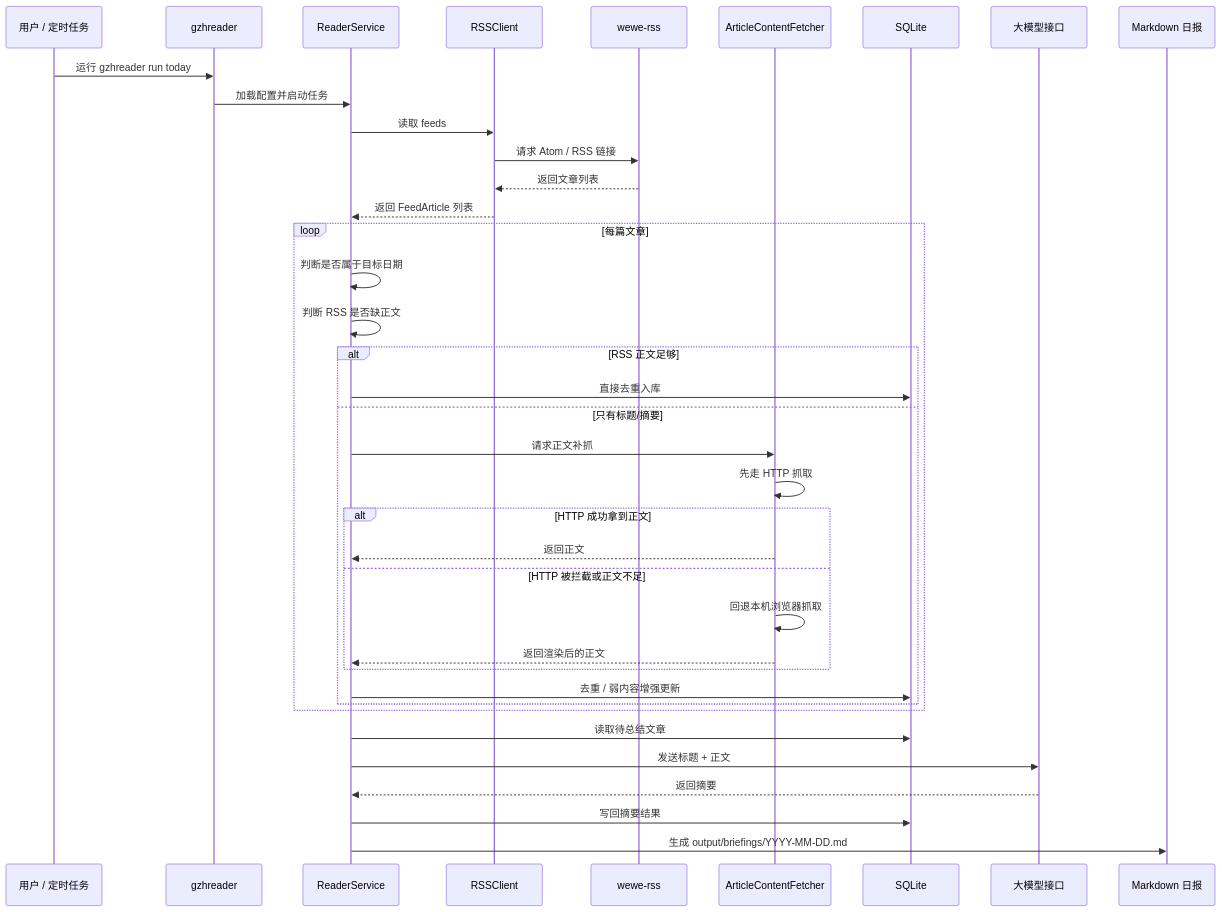
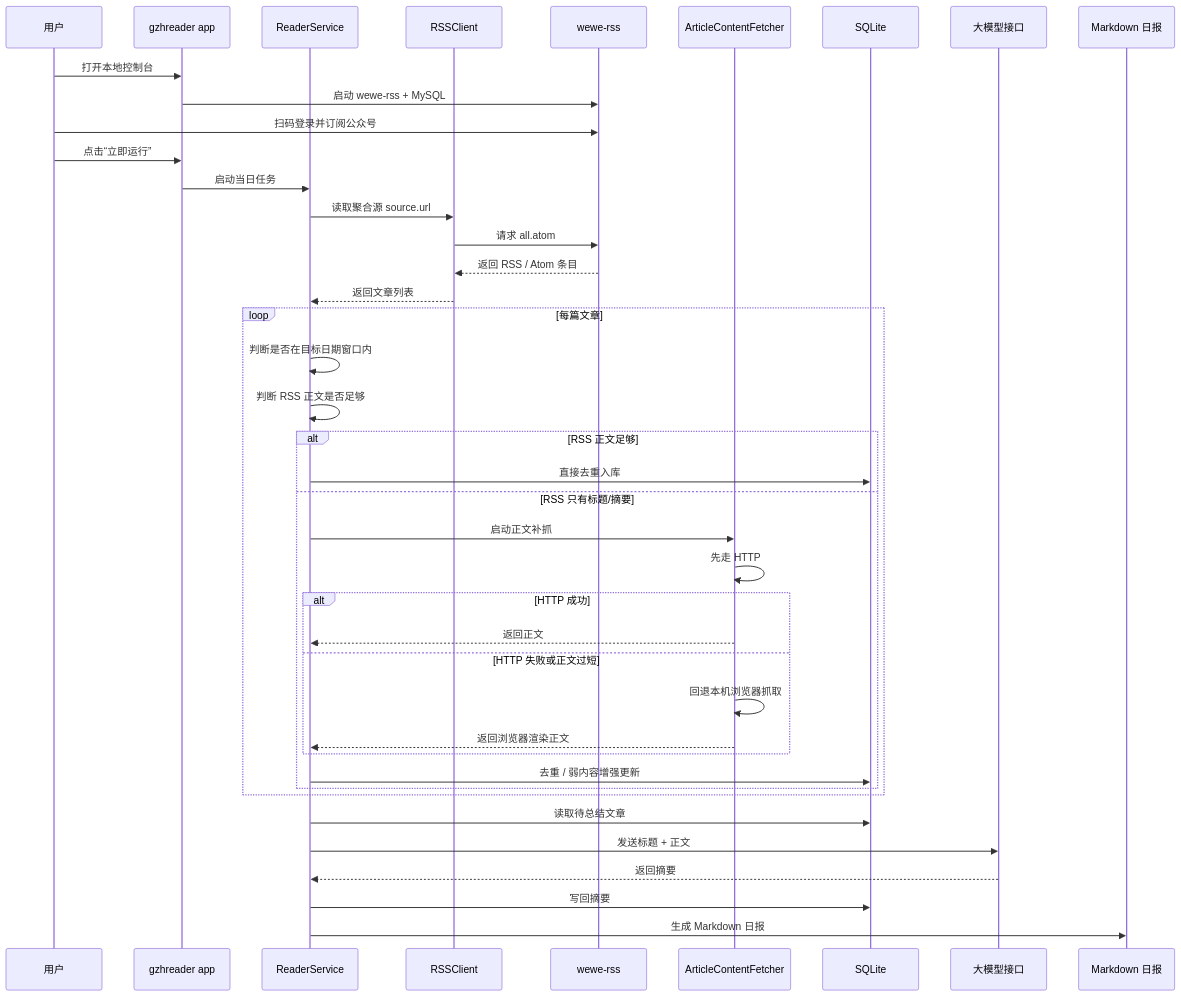
The second of 2 diagrams in README.md (zhiwuyazhe-fjr/GZHReader), drawn with Mermaid before and after one commit. The commit also changed other lines of this file and 27 other files, not shown here.

````diff
--- a/README.md
+++ b/README.md
@@ -47,43 +83,46 @@
 ```mermaid
 sequenceDiagram
-    participant U as 用户 / 定时任务
-    participant CLI as gzhreader
-    participant S as ReaderService
+    participant User as 用户
+    participant GUI as gzhreader app
+    participant Service as ReaderService
     participant RSS as RSSClient
     participant WR as wewe-rss
-    participant AF as ArticleContentFetcher
+    participant Fetcher as ArticleContentFetcher
     participant DB as SQLite
     participant LLM as 大模型接口
     participant MD as Markdown 日报
 
-    U->>CLI: 运行 gzhreader run today
-    CLI->>S: 加载配置并启动任务
-    S->>RSS: 读取 feeds
-    RSS->>WR: 请求 Atom / RSS 链接
-    WR-->>RSS: 返回文章列表
-    RSS-->>S: 返回 FeedArticle 列表
+    User->>GUI: 打开本地控制台
+    GUI->>WR: 启动 wewe-rss + MySQL
+    User->>WR: 扫码登录并订阅公众号
+    User->>GUI: 点击“立即运行”
+    GUI->>Service: 启动当日任务
+    Service->>RSS: 读取聚合源 source.url
+    RSS->>WR: 请求 all.atom
+    WR-->>RSS: 返回 RSS / Atom 条目
+    RSS-->>Service: 返回文章列表
 
     loop 每篇文章
-        S->>S: 判断是否属于目标日期
-        S->>S: 判断 RSS 是否缺正文
+        Service->>Service: 判断是否在目标日期窗口内
+        Service->>Service: 判断 RSS 正文是否足够
         alt RSS 正文足够
-            S->>DB: 直接去重入库
-        else 只有标题/摘要
-            S->>AF: 请求正文补抓
-            AF->>AF: 先走 HTTP 抓取
-            alt HTTP 成功拿到正文
-                AF-->>S: 返回正文
-            else HTTP 被拦截或正文不足
-                AF->>AF: 回退本机浏览器抓取
-                AF-->>S: 返回渲染后的正文
+            Service->>DB: 直接去重入库
+        else RSS 只有标题/摘要
+            Service->>Fetcher: 启动正文补抓
+            Fetcher->>Fetcher: 先走 HTTP
+            alt HTTP 成功
+                Fetcher-->>Service: 返回正文
+            else HTTP 失败或正文过短
+                Fetcher->>Fetcher: 回退本机浏览器抓取
+                Fetcher-->>Service: 返回浏览器渲染正文
             end
-            S->>DB: 去重 / 弱内容增强更新
+            Service->>DB: 去重 / 弱内容增强更新
         end
     end
 
-    S->>DB: 读取待总结文章
-    S->>LLM: 发送标题 + 正文
-    LLM-->>S: 返回摘要
-    S->>DB: 写回摘要结果
-    S->>MD: 生成 output/briefings/YYYY-MM-DD.md
+    Service->>DB: 读取待总结文章
+    Service->>LLM: 发送标题 + 正文
+    LLM-->>Service: 返回摘要
+    Service->>DB: 写回摘要
+    Service->>MD: 生成 Markdown 日报
 ```
````
